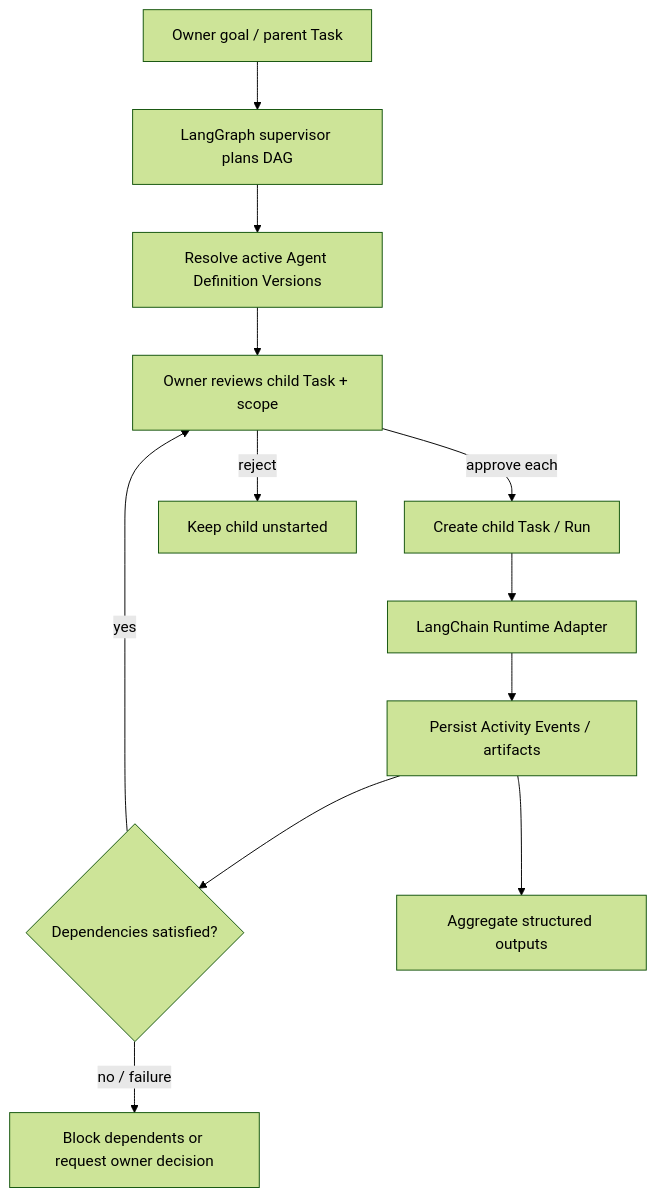
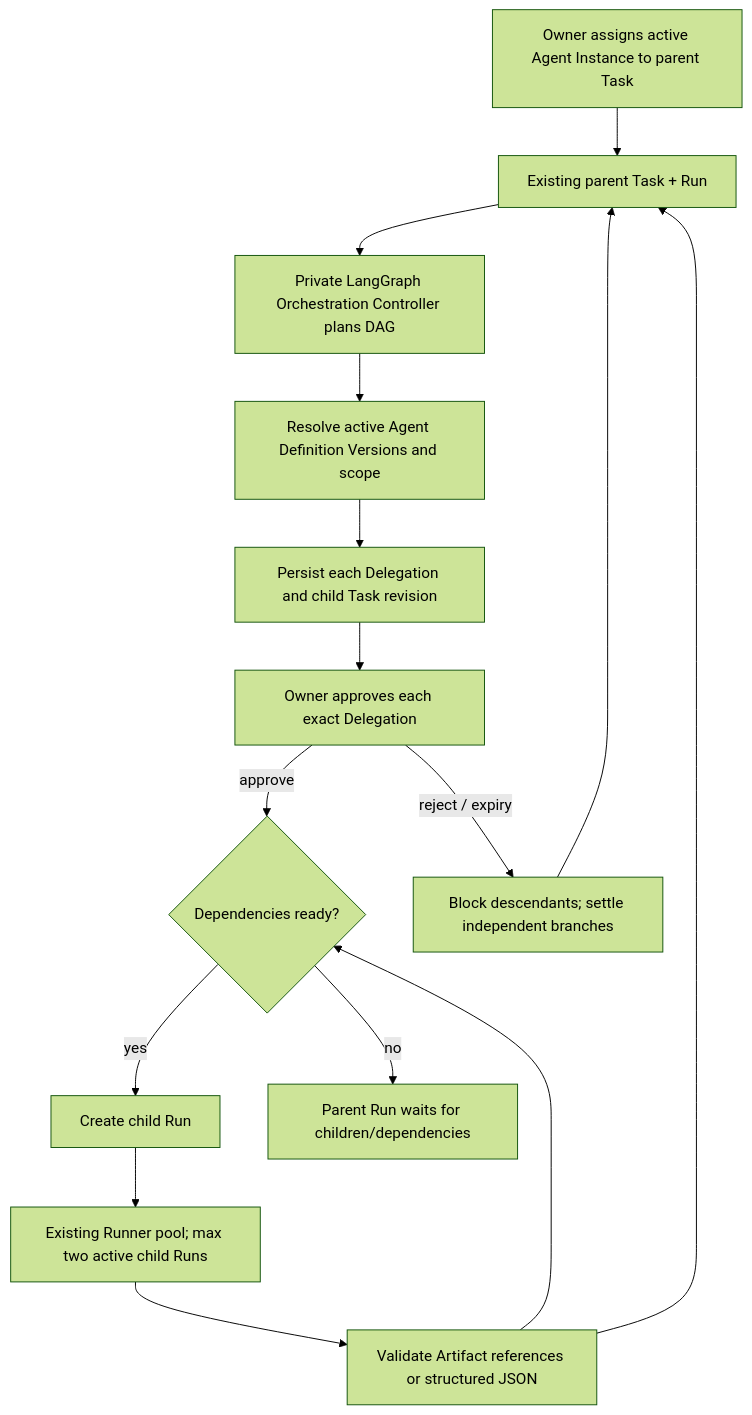
Before and after one commit to muhamadanjar/agent-visualizer: the diagram in docs/design-docs/2026-10-27-05-multi-agent-orchestration.md, drawn with Mermaid (forest theme). The commit also changed other lines of this file and 5 other files, not shown here.

````diff
--- a/docs/design-docs/2026-10-27-05-multi-agent-orchestration.md
+++ b/docs/design-docs/2026-10-27-05-multi-agent-orchestration.md
@@ -52,14 +62,17 @@
 ```mermaid
 flowchart TD
-    Request[Owner goal / parent Task] --> Plan[LangGraph supervisor plans DAG]
-    Plan --> Registry[Resolve active Agent Definition Versions]
-    Registry --> Review[Owner reviews child Task + scope]
-    Review -->|approve each| Child[Create child Task / Run]
-    Review -->|reject| Stop[Keep child unstarted]
-    Child --> Runtime[LangChain Runtime Adapter]
-    Runtime --> Event[Persist Activity Events / artifacts]
-    Event --> Dependency{Dependencies satisfied?}
-    Dependency -->|yes| Review
-    Dependency -->|no / failure| Policy[Block dependents or request owner decision]
-    Event --> Parent[Aggregate structured outputs]
+    Owner[Owner assigns active Agent Instance to parent Task] --> Parent[Existing parent Task + Run]
+    Parent --> Plan[Private LangGraph Orchestration Controller plans DAG]
+    Plan --> Registry[Resolve active Agent Definition Versions and scope]
+    Registry --> Persist[Persist each Delegation and child Task revision]
+    Persist --> Review[Owner approves each exact Delegation]
+    Review -->|approve| Ready{Dependencies ready?}
+    Review -->|reject / expiry| Settle[Block descendants; settle independent branches]
+    Ready -->|yes| Create[Create child Run]
+    Ready -->|no| Wait[Parent Run waits for children/dependencies]
+    Create --> Runner[Existing Runner pool; max two active child Runs]
+    Runner --> Output[Validate Artifact references or structured JSON]
+    Output --> Ready
+    Output --> Parent
+    Settle --> Parent
 ```
````
